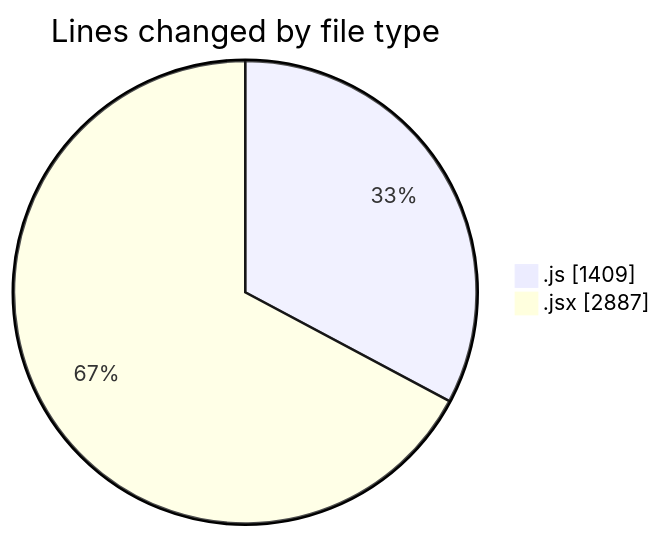
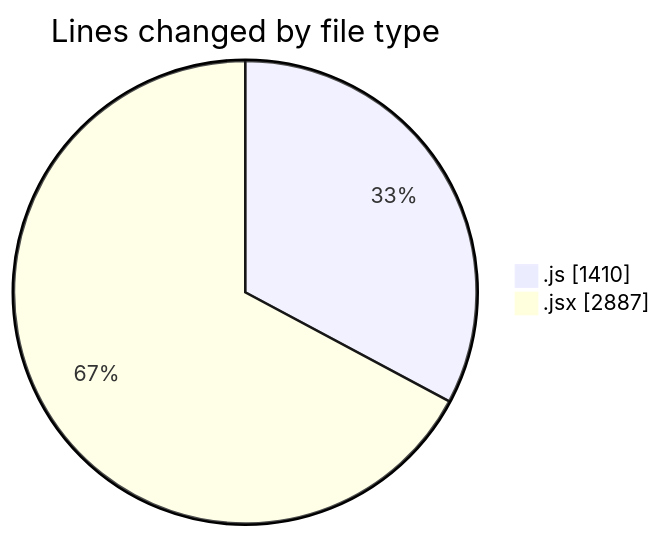
Before and after one commit to nxtqubesakshisongat/code-tracking: the first of 2 diagrams in 2025-09-19/nxtqube_webapp/README.md, drawn with Mermaid. The commit also changed other lines of this file and 1 other file, not shown here.

````diff
--- a/2025-09-19/nxtqube_webapp/README.md
+++ b/2025-09-19/nxtqube_webapp/README.md
@@ -24,6 +24,6 @@
 ```mermaid
 pie showData
 title Lines changed by file type
-".js" : 1409
+".js" : 1410
 ".jsx" : 2887
 ```
````
